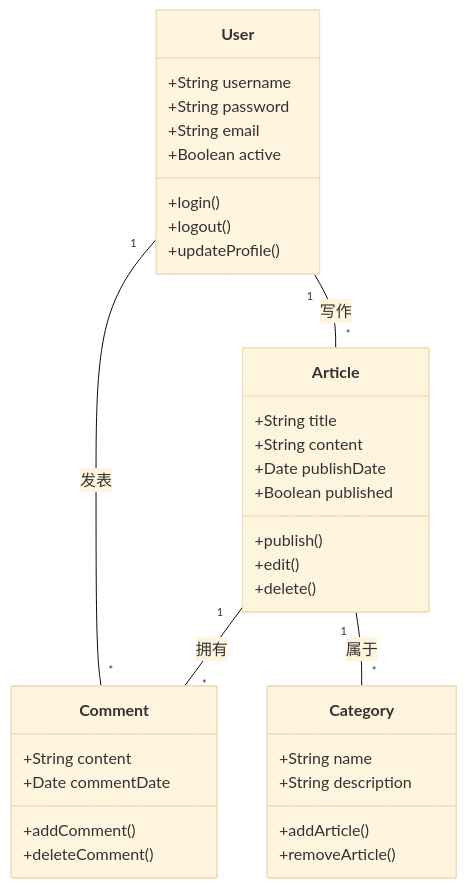
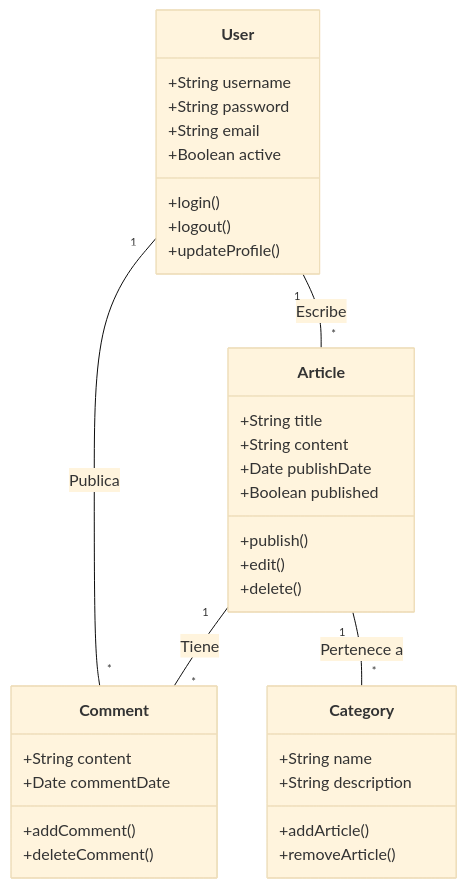
Before and after one commit to nefDevelop/astro-blogobs: the fourth of 6 diagrams in src/content/posts/markdown-mermaid.md, drawn with Mermaid (base theme). The commit also changed other lines of this file and 14 other files, not shown here.

````diff
--- a/src/content/posts/markdown-mermaid.md
+++ b/src/content/posts/markdown-mermaid.md
@@ -105,41 +102,41 @@
 ```mermaid
 classDiagram
     class User {
         +String username
         +String password
         +String email
         +Boolean active
         +login()
         +logout()
         +updateProfile()
     }
     
     class Article {
         +String title
         +String content
         +Date publishDate
         +Boolean published
         +publish()
         +edit()
         +delete()
     }
     
     class Comment {
         +String content
         +Date commentDate
         +addComment()
         +deleteComment()
     }
     
     class Category {
         +String name
         +String description
         +addArticle()
         +removeArticle()
     }
     
-    User "1" -- "*" Article : 写作
-    User "1" -- "*" Comment : 发表
-    Article "1" -- "*" Comment : 拥有
-    Article "1" -- "*" Category : 属于
+    User "1" -- "*" Article : Escribe
+    User "1" -- "*" Comment : Publica
+    Article "1" -- "*" Comment : Tiene
+    Article "1" -- "*" Category : Pertenece a
 ```
````
